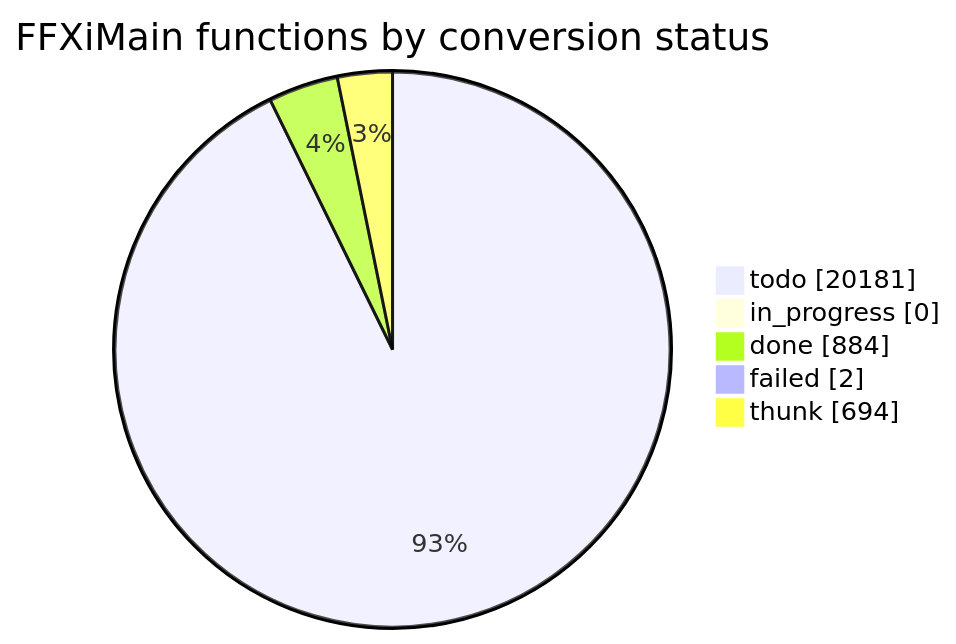
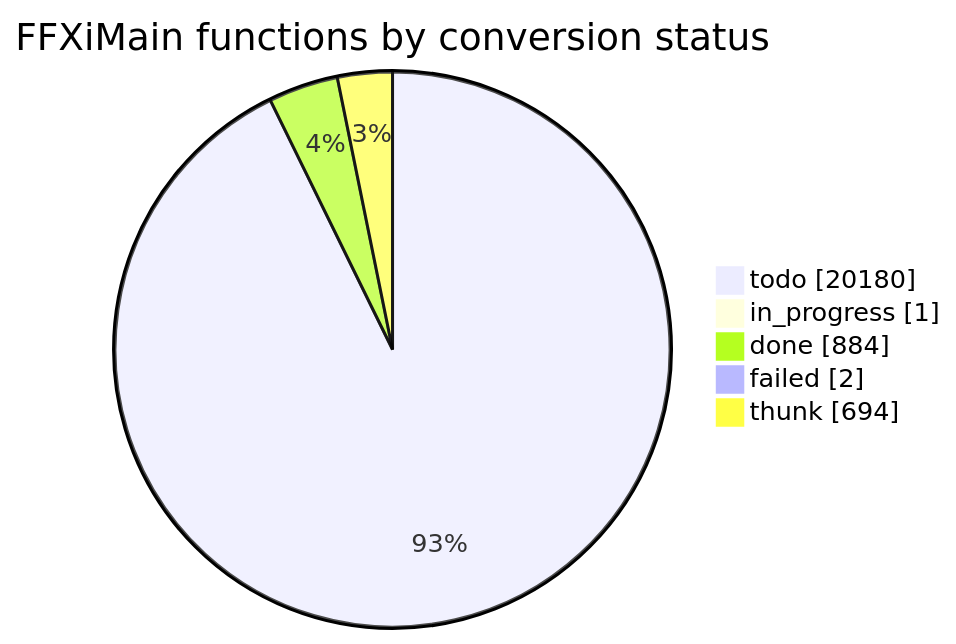
One commit to cowrevenge/cow_kuluu_xi_anything changed the diagram in docs/cow/STATUS.md. Above: the diagram before and after it, drawn with Mermaid. The commit also changed other lines of this file and 7 other files, not shown here.

````diff
--- a/docs/cow/STATUS.md
+++ b/docs/cow/STATUS.md
@@ -18,9 +18,9 @@
 ```mermaid
 pie showData
     title FFXiMain functions by conversion status
-    "todo" : 20181
-    "in_progress" : 0
+    "todo" : 20180
+    "in_progress" : 1
     "done" : 884
     "failed" : 2
     "thunk" : 694
 ```
````
